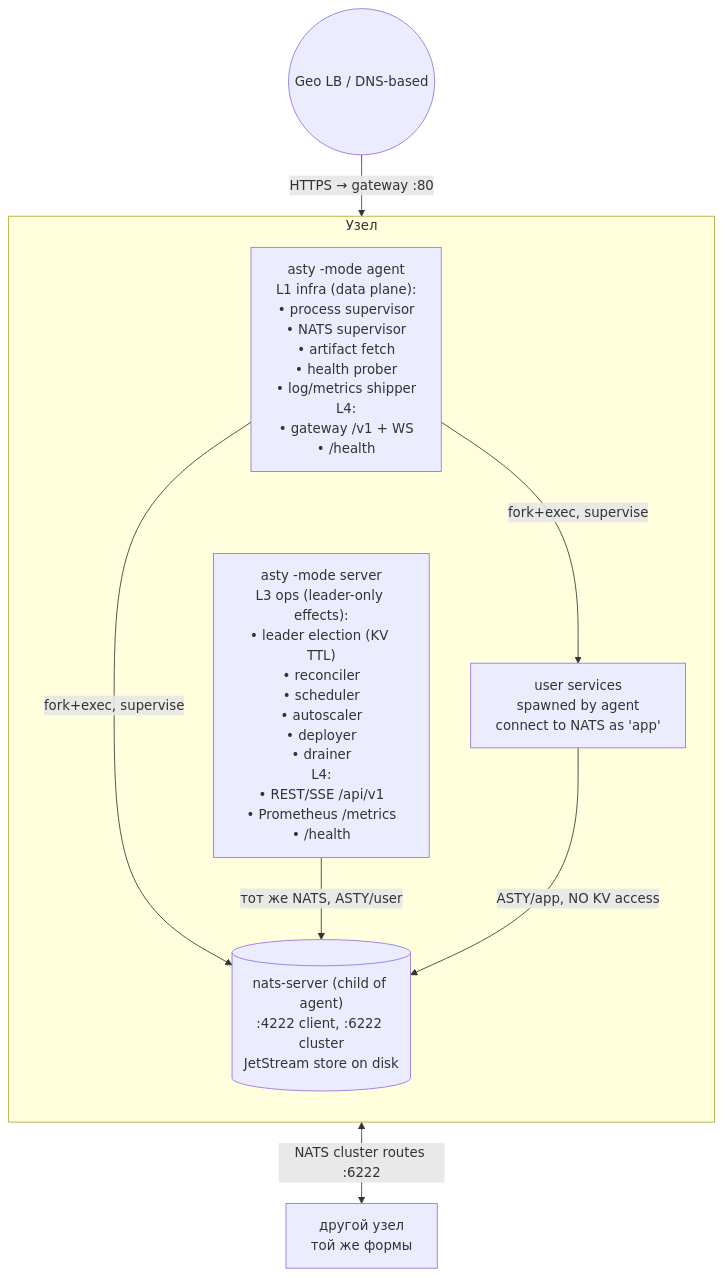
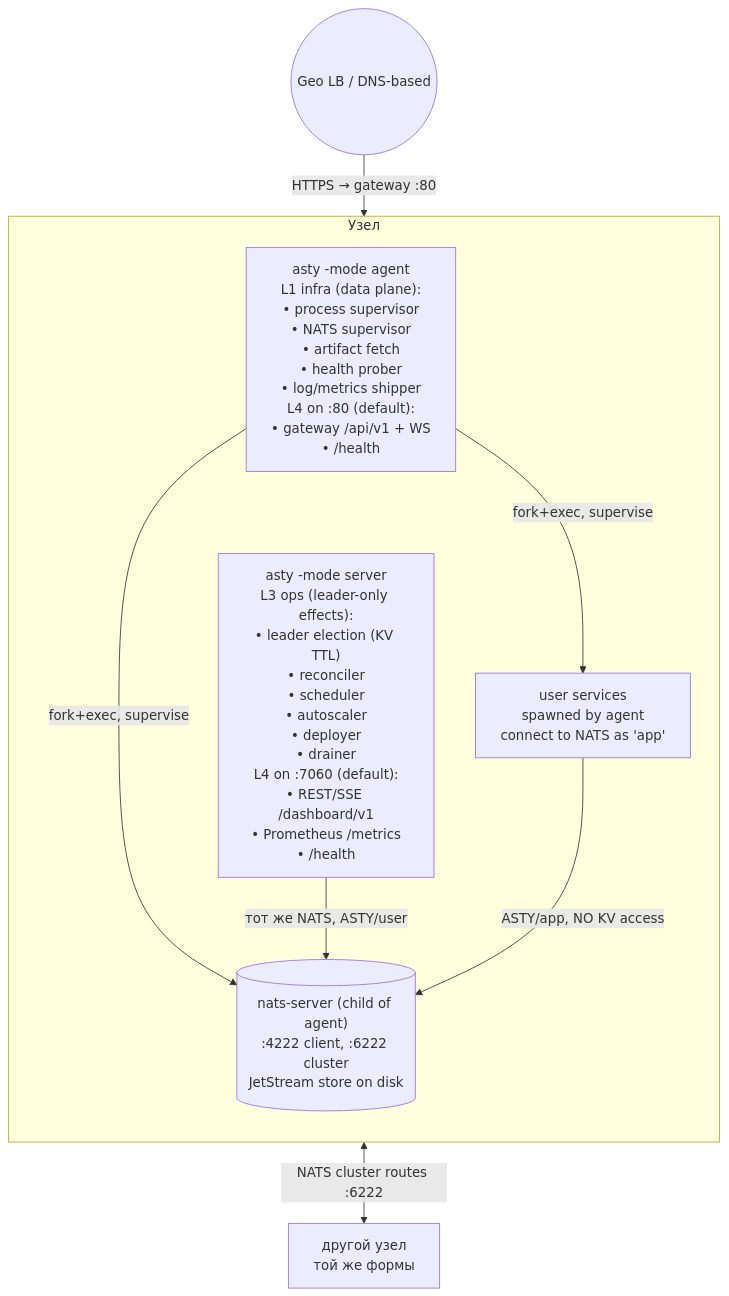
One commit to scit-io/asty changed the second of 16 diagrams in .audit/TZ.md. Above: the diagram before and after it, drawn with Mermaid. The commit also changed other lines of this file and 1 other file, not shown here.

````diff
--- a/.audit/TZ.md
+++ b/.audit/TZ.md
@@ -225,21 +234,21 @@
 ```mermaid
 flowchart TB
     GLB(("Geo LB / DNS-based"))
 
     subgraph Node["Узел"]
         direction TB
-        SRV["asty -mode server<br/>L3 ops (leader-only effects):<br/>• leader election (KV TTL)<br/>• reconciler<br/>• scheduler<br/>• autoscaler<br/>• deployer<br/>• drainer<br/>L4:<br/>• REST/SSE /api/v1<br/>• Prometheus /metrics<br/>• /health"]
-        AGT["asty -mode agent<br/>L1 infra (data plane):<br/>• process supervisor<br/>• NATS supervisor<br/>• artifact fetch<br/>• health prober<br/>• log/metrics shipper<br/>L4:<br/>• gateway /v1 + WS<br/>• /health"]
+        SRV["asty -mode server<br/>L3 ops (leader-only effects):<br/>• leader election (KV TTL)<br/>• reconciler<br/>• scheduler<br/>• autoscaler<br/>• deployer<br/>• drainer<br/>L4 on :7060 (default):<br/>• REST/SSE /dashboard/v1<br/>• Prometheus /metrics<br/>• /health"]
+        AGT["asty -mode agent<br/>L1 infra (data plane):<br/>• process supervisor<br/>• NATS supervisor<br/>• artifact fetch<br/>• health prober<br/>• log/metrics shipper<br/>L4 on :80 (default):<br/>• gateway /api/v1 + WS<br/>• /health"]
         NATS[("nats-server (child of agent)<br/>:4222 client, :6222 cluster<br/>JetStream store on disk")]
         SVCS["user services<br/>spawned by agent<br/>connect to NATS as 'app'"]
 
         AGT -->|fork+exec, supervise| NATS
         AGT -->|fork+exec, supervise| SVCS
         SRV -->|тот же NATS, ASTY/user| NATS
         SVCS -->|ASTY/app, NO KV access| NATS
     end
 
     GLB -->|HTTPS → gateway :80| AGT
 
     Node <-->|"NATS cluster routes :6222"| OtherNode["другой узел<br/>той же формы"]
 ```
````
